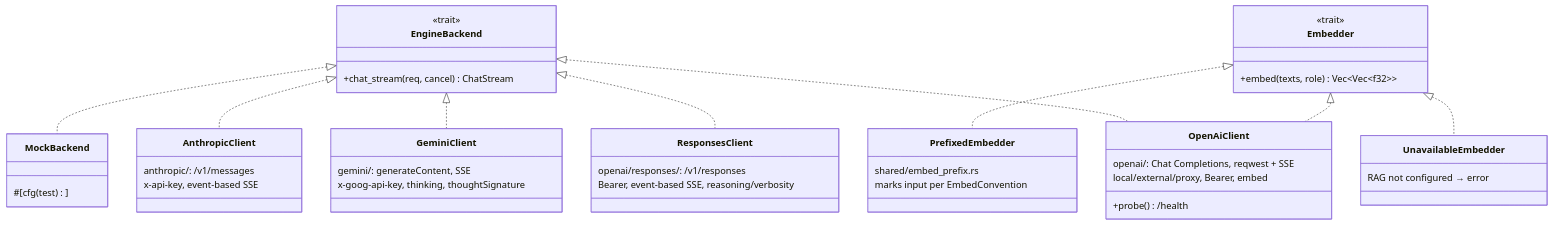
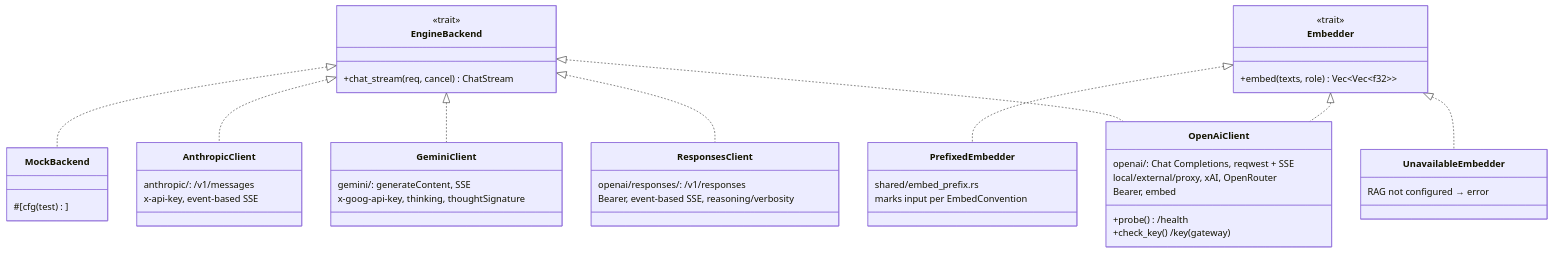
The sixth of 17 diagrams in docs/architecture.md (vshylov/mindfork-rs), drawn with Mermaid before and after one commit. The commit also changed other lines of this file and 16 other files, not shown here.

First line of the commit message:
docs: the OpenRouter mode in the guides, the spec and the privacy policy

````diff
--- a/docs/architecture.md
+++ b/docs/architecture.md
@@ -1435,46 +1452,48 @@
 ```mermaid
 classDiagram
     class EngineBackend {
         <<trait>>
         +chat_stream(req, cancel) ChatStream
     }
     class Embedder {
         <<trait>>
         +embed(texts, role) Vec~Vec~f32~~
     }
     class PrefixedEmbedder {
         shared/embed_prefix.rs
         marks input per EmbedConvention
     }
     class OpenAiClient {
         openai/: Chat Completions, reqwest + SSE
         +probe() /health
-        local/external/proxy, Bearer, embed
+        +check_key() /key (gateway)
+        local/external/proxy, xAI, OpenRouter
+        Bearer, embed
     }
     class ResponsesClient {
         openai/responses/: /v1/responses
         Bearer, event-based SSE, reasoning/verbosity
     }
     class GeminiClient {
         gemini/: generateContent, SSE
         x-goog-api-key, thinking, thoughtSignature
     }
     class AnthropicClient {
         anthropic/: /v1/messages
         x-api-key, event-based SSE
     }
     class UnavailableEmbedder {
         RAG not configured → error
     }
     class MockBackend {
         #[cfg(test)]
     }
     EngineBackend <|.. OpenAiClient
     EngineBackend <|.. ResponsesClient
     EngineBackend <|.. GeminiClient
     EngineBackend <|.. AnthropicClient
     EngineBackend <|.. MockBackend
     Embedder <|.. OpenAiClient
     Embedder <|.. UnavailableEmbedder
     Embedder <|.. PrefixedEmbedder
 ```
````
